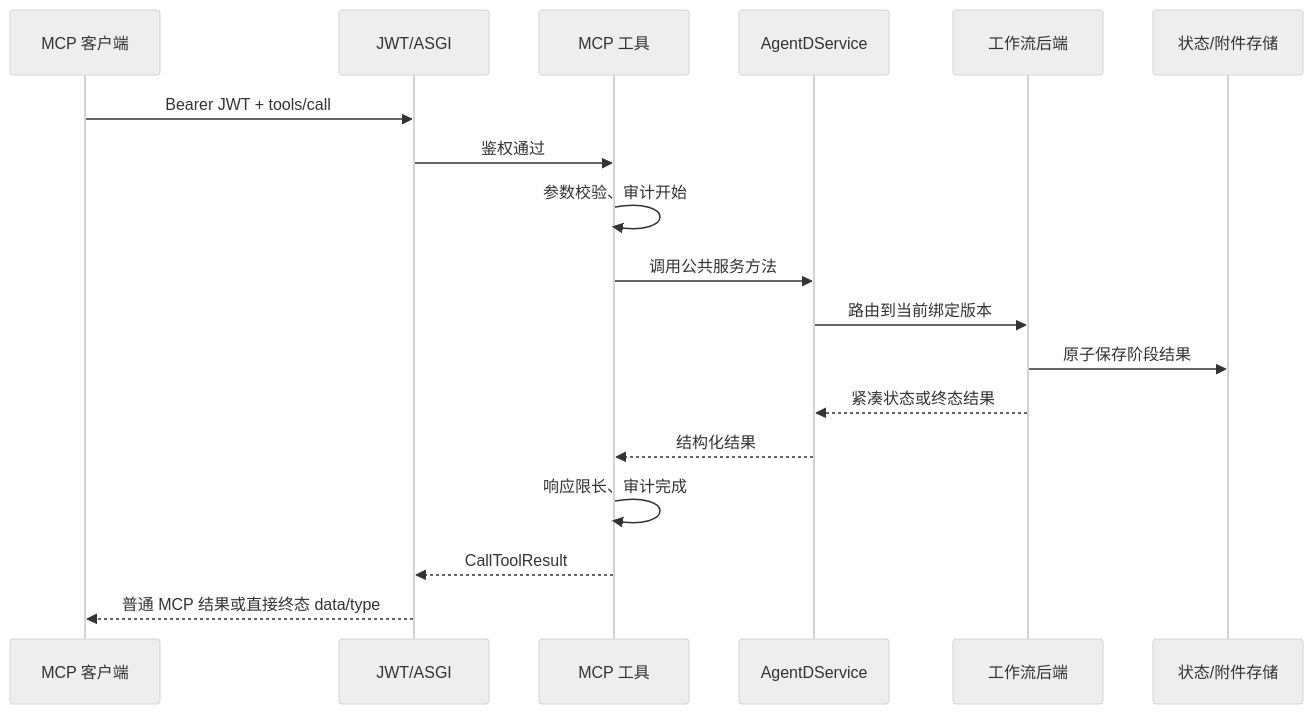
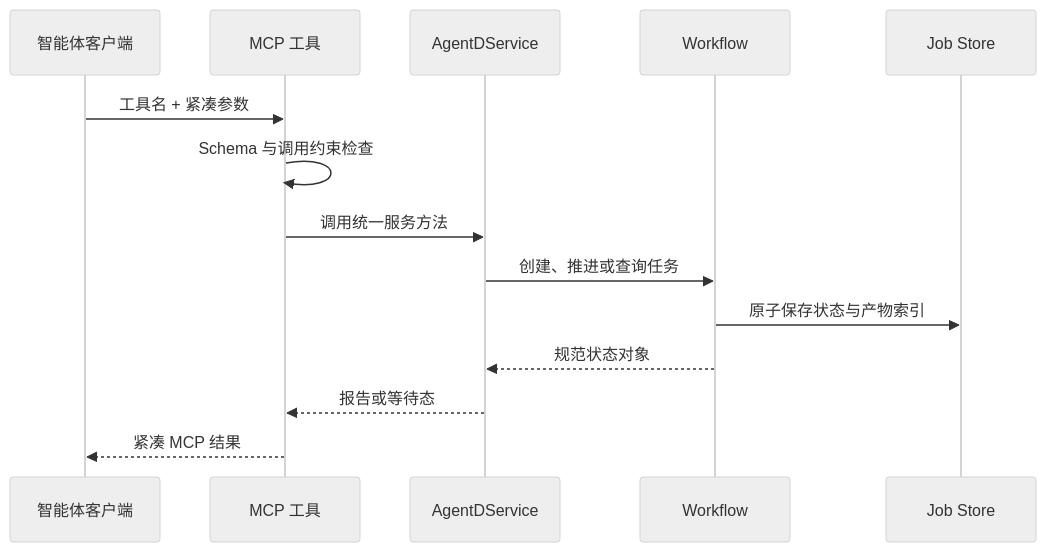
Before and after one commit to Rerain123/agentd-primer-probe: the second of 3 diagrams in docs/PROJECT_ENGINEERING_GUIDE.md, drawn with Mermaid (neutral theme). The commit also changed other lines of this file and 12 other files, not shown here.

````diff
--- a/docs/PROJECT_ENGINEERING_GUIDE.md
+++ b/docs/PROJECT_ENGINEERING_GUIDE.md
@@ -284,21 +139,17 @@
 ```mermaid
 sequenceDiagram
-    participant C as MCP 客户端
-    participant A as JWT/ASGI
+    participant C as 智能体客户端
     participant M as MCP 工具
     participant S as AgentDService
-    participant W as 工作流后端
-    participant P as 状态/附件存储
+    participant W as Workflow
+    participant J as Job Store
 
-    C->>A: Bearer JWT + tools/call
-    A->>M: 鉴权通过
-    M->>M: 参数校验、审计开始
-    M->>S: 调用公共服务方法
-    S->>W: 路由到当前绑定版本
-    W->>P: 原子保存阶段结果
-    W-->>S: 紧凑状态或终态结果
-    S-->>M: 结构化结果
-    M->>M: 响应限长、审计完成
-    M-->>A: CallToolResult
-    A-->>C: 普通 MCP 结果或直接终态 data/type
+    C->>M: 工具名 + 紧凑参数
+    M->>M: Schema 与调用约束检查
+    M->>S: 调用统一服务方法
+    S->>W: 创建、推进或查询任务
+    W->>J: 原子保存状态与产物索引
+    W-->>S: 规范状态对象
+    S-->>M: 报告或等待态
+    M-->>C: 紧凑 MCP 结果
 ```
````
